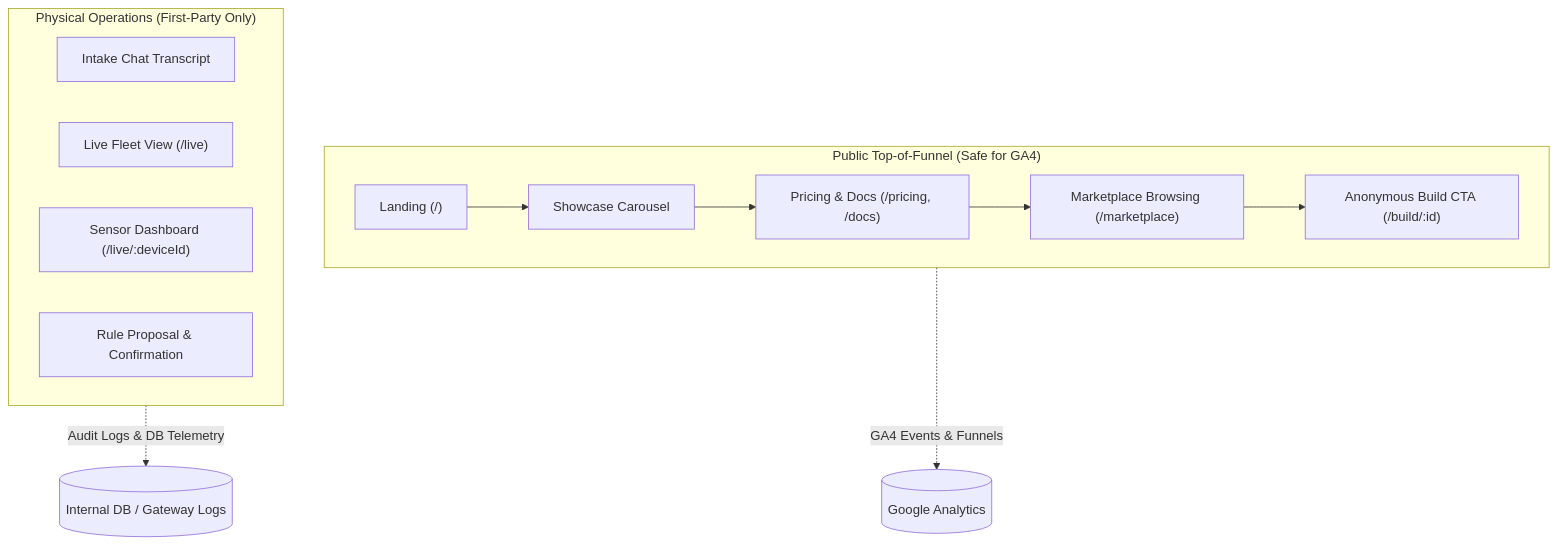
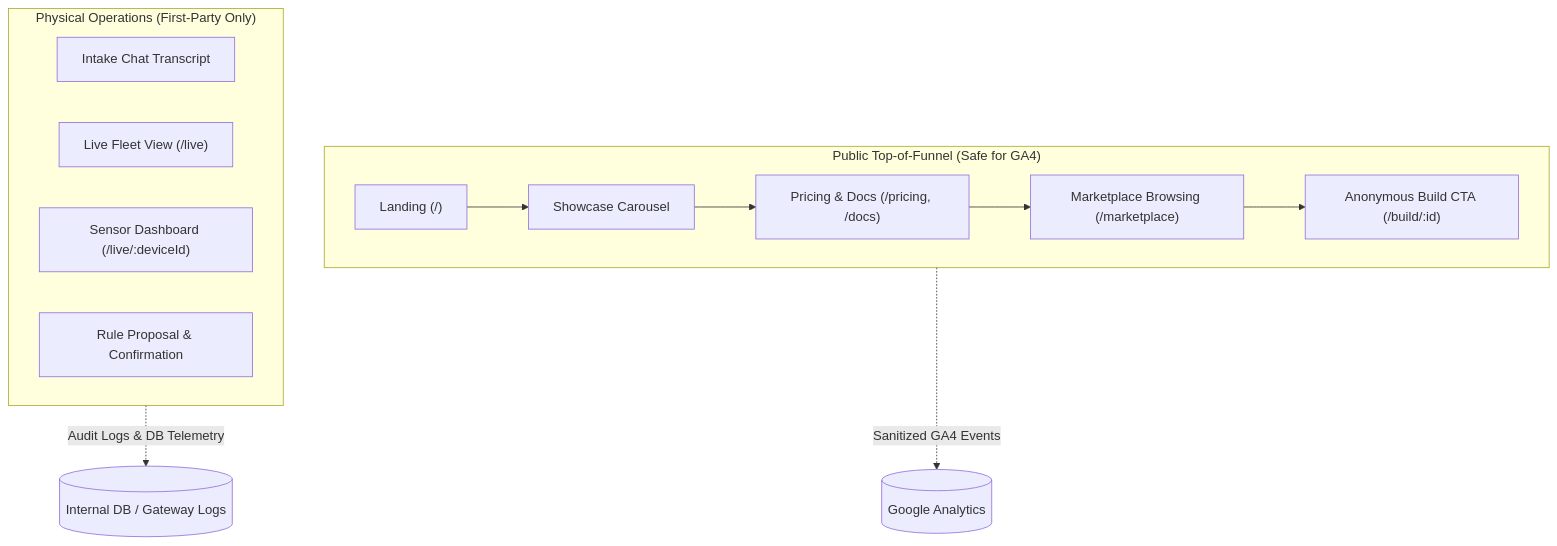
Before and after one commit to guitarpastdusk/albusforge: the diagram in docs/UI-ANALYTICS.md, drawn with Mermaid. The commit also changed other lines of this file, not shown here.

````diff
--- a/docs/UI-ANALYTICS.md
+++ b/docs/UI-ANALYTICS.md
@@ -36,19 +37,19 @@
 ```mermaid
 flowchart TD
     subgraph PublicSurface["Public Top-of-Funnel (Safe for GA4)"]
         L["Landing (/)"] --> C["Showcase Carousel"]
         C --> P["Pricing & Docs (/pricing, /docs)"]
         P --> M["Marketplace Browsing (/marketplace)"]
         M --> B["Anonymous Build CTA (/build/:id)"]
     end
 
     subgraph PrivateSurface["Physical Operations (First-Party Only)"]
         BC["Intake Chat Transcript"]
         LF["Live Fleet View (/live)"]
         DD["Sensor Dashboard (/live/:deviceId)"]
         CR["Rule Proposal & Confirmation"]
     end
 
-    PublicSurface -.->|GA4 Events & Funnels| GA[(Google Analytics)]
+    PublicSurface -.->|Sanitized GA4 Events| GA[(Google Analytics)]
     PrivateSurface -.->|Audit Logs & DB Telemetry| DB[(Internal DB / Gateway Logs)]
 ```
````
